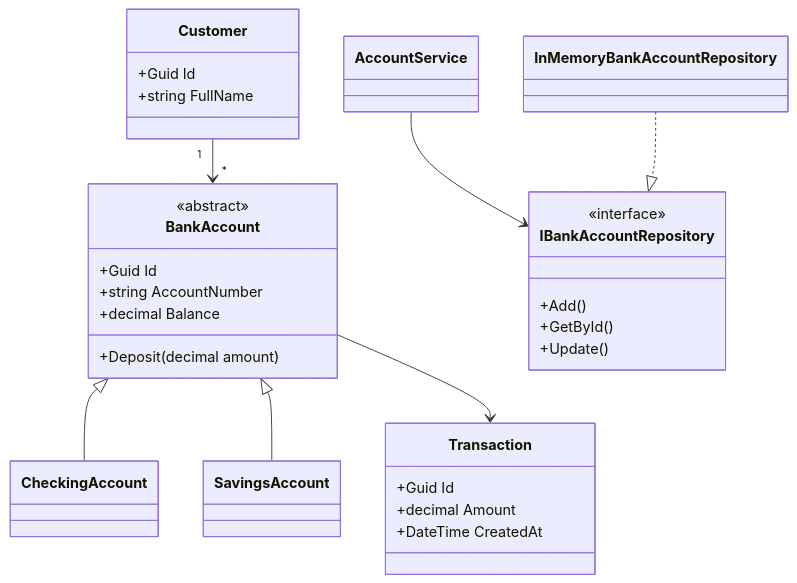
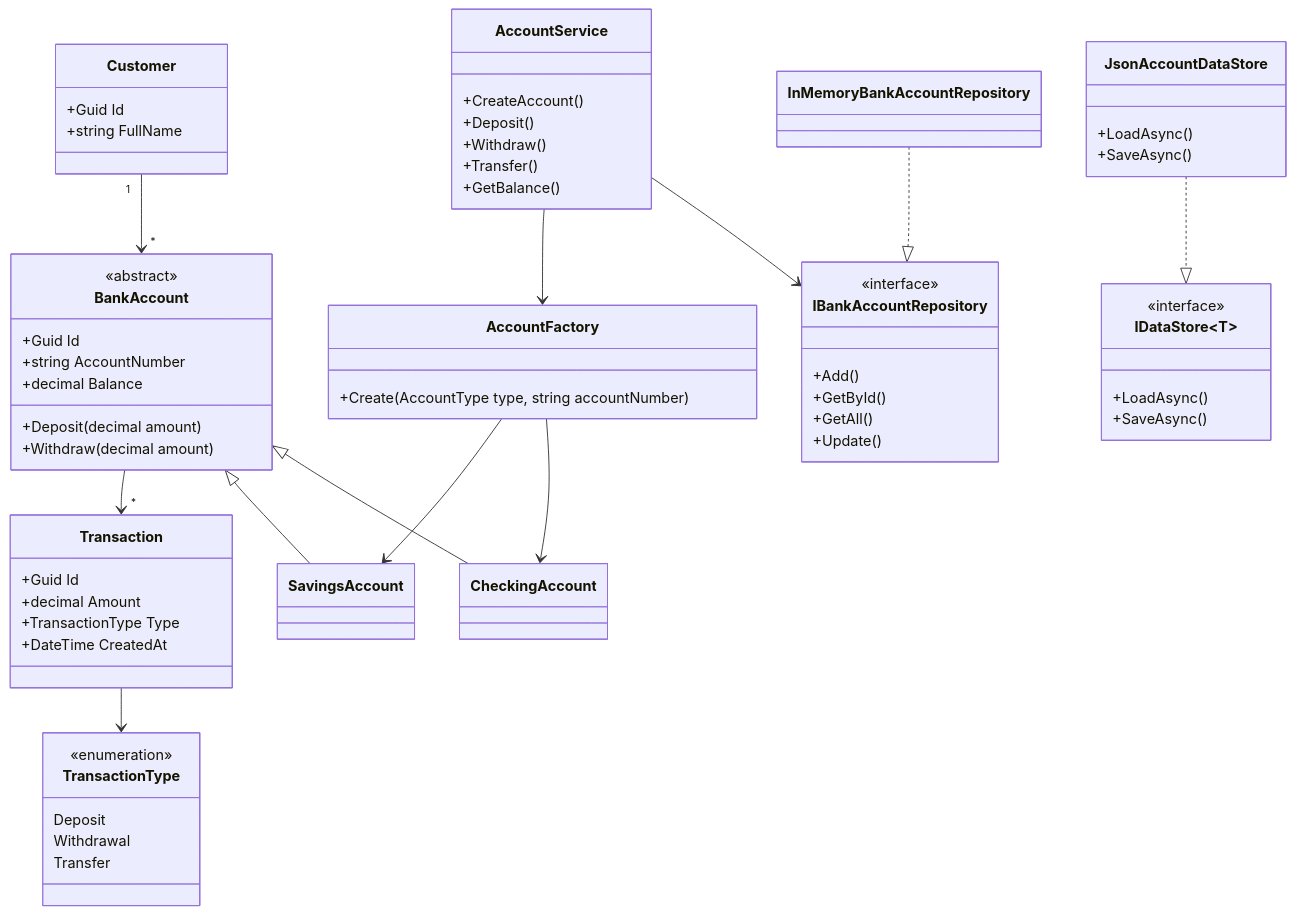
Before and after one commit to Hemikaru/BankingSystem: the diagram in docs/class-diagram.md, drawn with Mermaid. The commit also changed 3 other files, not shown here.

````diff
--- a/docs/class-diagram.md
+++ b/docs/class-diagram.md
@@ -14,6 +14,7 @@
     +string AccountNumber
     +decimal Balance
     +Deposit(decimal amount)
+    +Withdraw(decimal amount)
 }
 
 class CheckingAccount
@@ -23,27 +24,66 @@
 class Transaction {
     +Guid Id
     +decimal Amount
+    +TransactionType Type
     +DateTime CreatedAt
 }
 
-class AccountService
+class AccountService {
+    +CreateAccount()
+    +Deposit()
+    +Withdraw()
+    +Transfer()
+    +GetBalance()
+}
+
+class AccountFactory {
+    +Create(AccountType type, string accountNumber)
+}
 
 class IBankAccountRepository {
     <<interface>>
     +Add()
     +GetById()
+    +GetAll()
     +Update()
 }
 
+class IDataStore~T~ {
+    <<interface>>
+    +LoadAsync()
+    +SaveAsync()
+}
+
+class JsonAccountDataStore {
+    +LoadAsync()
+    +SaveAsync()
+}
+
 class InMemoryBankAccountRepository
+
+class TransactionType {
+    <<enumeration>>
+    Deposit
+    Withdrawal
+    Transfer
+}
 
 Customer "1" --> "*" BankAccount
 
 BankAccount <|-- CheckingAccount
 BankAccount <|-- SavingsAccount
 
+BankAccount --> "*" Transaction
+
+Transaction --> TransactionType
+
 AccountService --> IBankAccountRepository
+AccountService --> AccountFactory
+
 InMemoryBankAccountRepository ..|> IBankAccountRepository
 
-BankAccount --> Transaction
+JsonAccountDataStore ..|> IDataStore
+
+AccountFactory --> CheckingAccount
+AccountFactory --> SavingsAccount
 ```
````
